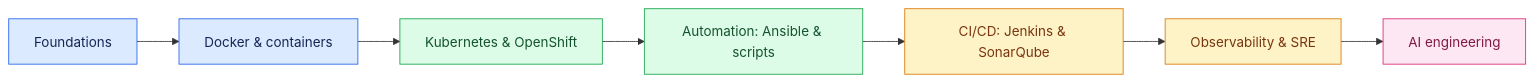
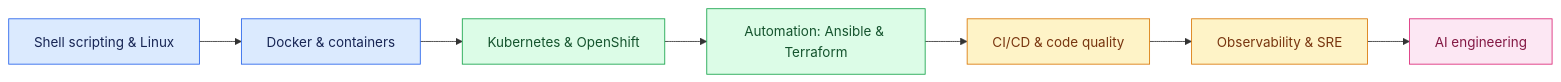
Before and after one commit to sameeralam3127/compute-central-docs: the diagram in docs/index.md, drawn with Mermaid. The commit also changed other lines of this file and 133 other files, not shown here.

First line of the commit message:
Content review: complete Ansible and Docker courses, Terraform section, currency and consistency fixes (#6)

````diff
--- a/docs/index.md
+++ b/docs/index.md
@@ -54,17 +54,17 @@
 ```mermaid
 flowchart LR
-    A[Foundations] --> B[Docker & containers]
+    A[Shell scripting & Linux] --> B[Docker & containers]
     B --> C[Kubernetes & OpenShift]
-    C --> D[Automation: Ansible & scripts]
-    D --> E["CI/CD: Jenkins & SonarQube"]
+    C --> D[Automation: Ansible & Terraform]
+    D --> E["CI/CD & code quality"]
     E --> F[Observability & SRE]
     F --> G[AI engineering]
     classDef stage1 fill:#dbeafe,stroke:#2563eb,color:#172554
     classDef stage2 fill:#dcfce7,stroke:#16a34a,color:#14532d
     classDef stage3 fill:#fef3c7,stroke:#d97706,color:#78350f
     classDef stage4 fill:#fce7f3,stroke:#db2777,color:#831843
     class A,B stage1
     class C,D stage2
     class E,F stage3
     class G stage4
 ```
````
